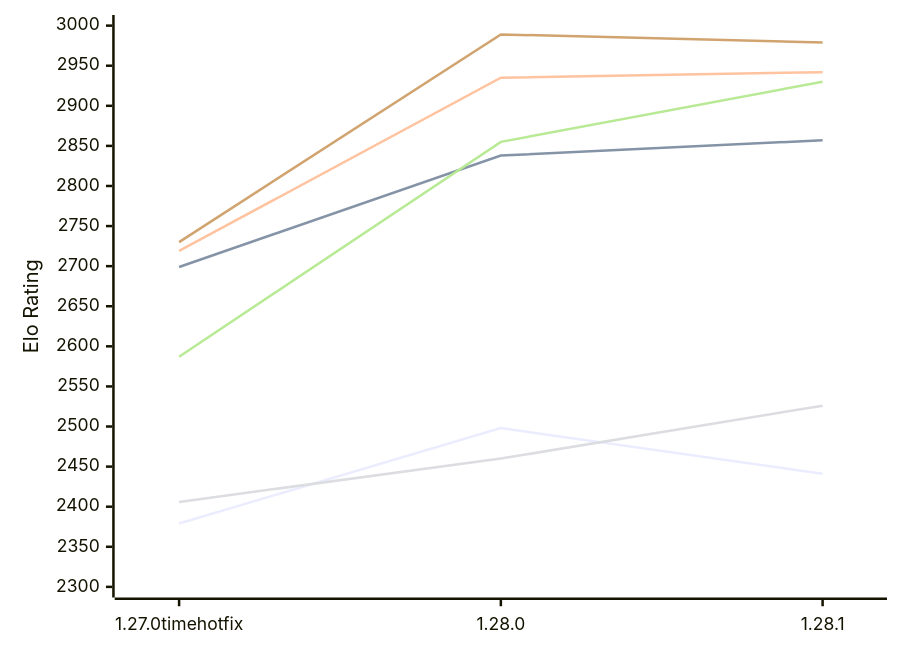
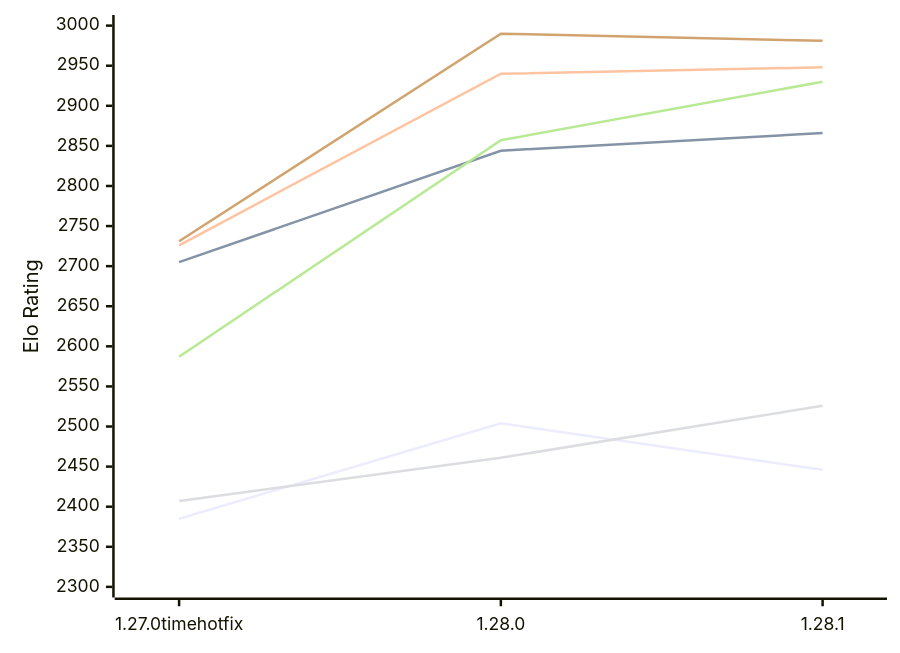
Before and after one commit to computer-chess-index/cci: the first of 2 diagrams in engines/Aurora.md, drawn with Mermaid. The commit also changed other lines of this file, not shown here.

Commit message:
Update CCI Ratings (ELO VLTC) - 2026-11-10

````diff
--- a/engines/Aurora.md
+++ b/engines/Aurora.md
@@ -52,12 +52,12 @@
 ```mermaid
 %%{init: {"theme":"base","themeVariables":{"seriesColors:['#a3a3a3','#222221','#faa371']}}}%%
 xychart-beta
   x-axis ["1.27.0timehotfix", "1.28.0", "1.28.1"]
   y-axis "Elo Rating" 2300 --> 3000
-  line "E1: STC (8.0+0.08s)" [2379, 2498, 2441]
-  line "E1: LTC (60.0+0.60s)" [2699, 2838, 2857]
-  line "E1: VLTC (2m24s+1.12s)" [2719, 2935, 2942]
-  line "P1: STC (8.0+0.08s)" [2406, 2460, 2526]
-  line "P1: LTC (60.0+0.60s)" [2587, 2855, 2930]
-  line "P1: VLTC (2m24s+1.12s)" [2730, 2989, 2979]
+  line "E1: STC (8.0+0.08s)" [2385, 2504, 2446]
+  line "E1: LTC (60.0+0.60s)" [2705, 2844, 2866]
+  line "E1: VLTC (2m24s+1.12s)" [2726, 2940, 2948]
+  line "P1: STC (8.0+0.08s)" [2407, 2461, 2526]
+  line "P1: LTC (60.0+0.60s)" [2587, 2857, 2930]
+  line "P1: VLTC (2m24s+1.12s)" [2731, 2990, 2981]
 ```
````
